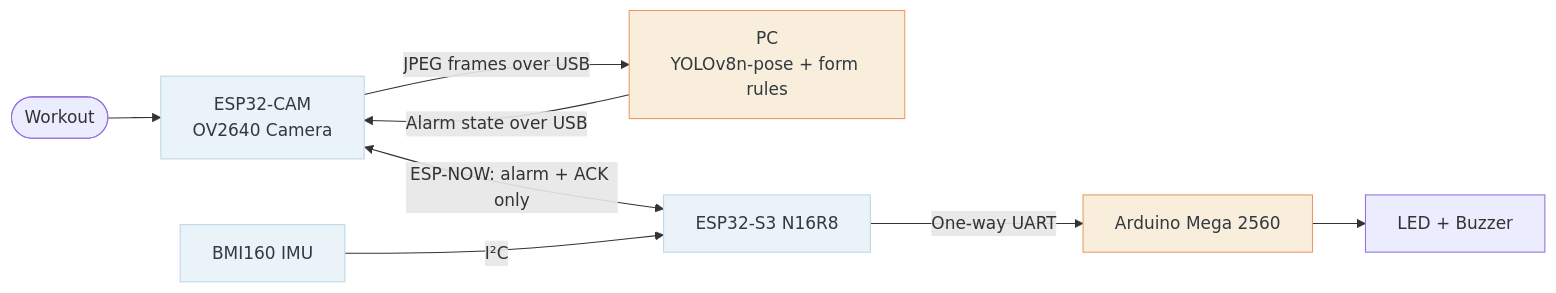
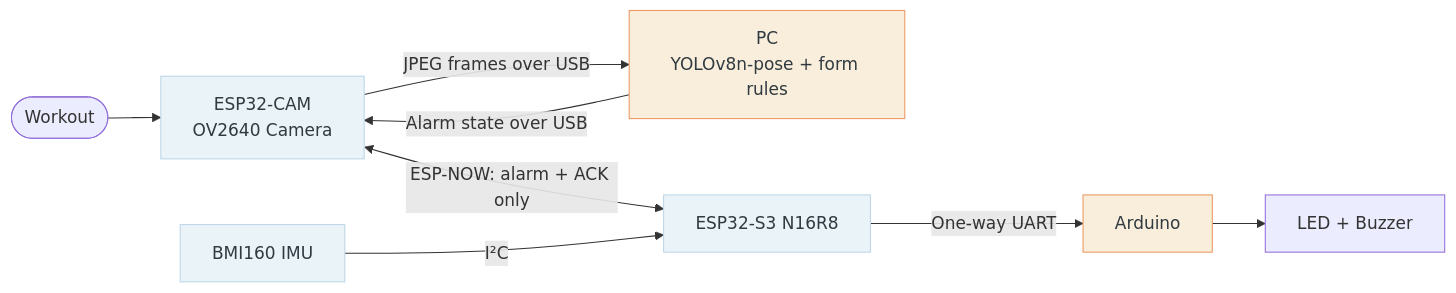
Before and after one commit to Steven-ZYC/int4089-fitness-aid-bot: the diagram in README.md, drawn with Mermaid. The commit also changed other lines of this file and 71 other files, not shown here.

````diff
--- a/README.md
+++ b/README.md
@@ -67,14 +67,14 @@
 ```mermaid
 flowchart LR
     U([Workout]) --> CAM[ESP32-CAM<br/>OV2640 Camera]
     CAM -->|JPEG frames over USB| PC[PC<br/>YOLOv8n-pose + form rules]
     PC -->|Alarm state over USB| CAM
     CAM <-->|ESP-NOW: alarm + ACK only| S3[ESP32-S3 N16R8]
     IMU[BMI160 IMU] -->|I²C| S3
-    S3 -->|One-way UART| MEGA[Arduino Mega 2560]
-    MEGA --> LED[LED + Buzzer]
+    S3 -->|One-way UART| Arduino[Arduino]
+    Arduino --> LED[LED + Buzzer]
     classDef compute fill:#f9eedb,stroke:#eb9861,color:#303a40;
     classDef sensor fill:#eaf3f8,stroke:#bdd6e8,color:#303a40;
-    class PC,MEGA compute;
+    class PC,Arduino compute;
     class CAM,S3,IMU sensor;
 ```
````
